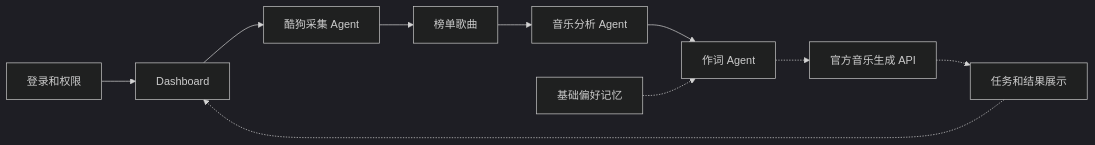
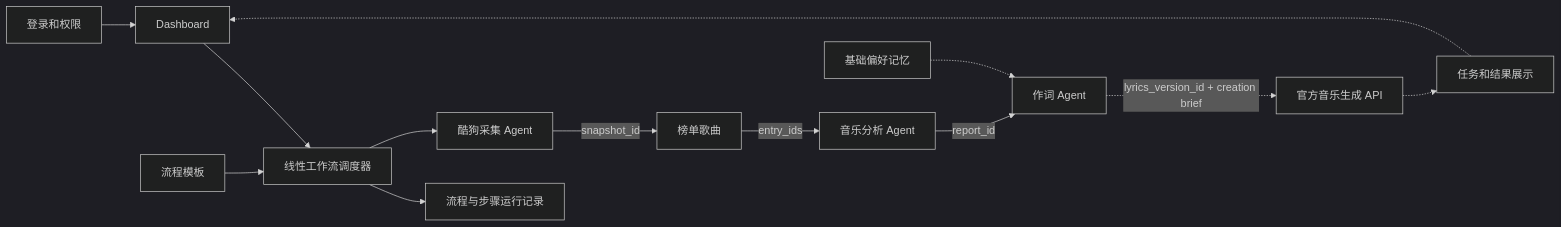
Before and after one commit to sunjiaxing520/SunJX: the tenth of 10 diagrams in projects/blue-music-platform/项目知识图谱.md, drawn with Mermaid (dark theme). The commit also changed other lines of this file and 30 other files, not shown here.

````diff
--- a/projects/blue-music-platform/项目知识图谱.md
+++ b/projects/blue-music-platform/项目知识图谱.md
@@ -235,22 +238,27 @@
 ```mermaid
 flowchart LR
     Login["登录和权限"]
     Dashboard["Dashboard"]
+    Workflow["线性工作流调度器"]
+    Template["流程模板"]
+    Run["流程与步骤运行记录"]
     Crawler["酷狗采集 Agent"]
     Songs["榜单歌曲"]
     Analysis["音乐分析 Agent"]
     Lyrics["作词 Agent"]
     Memory["基础偏好记忆"]
     MusicProvider["官方音乐生成 API"]
     Results["任务和结果展示"]
 
     Login --> Dashboard
-    Dashboard --> Crawler
-    Crawler --> Songs
-    Songs --> Analysis
-    Analysis --> Lyrics
+    Dashboard --> Workflow
+    Template --> Workflow --> Run
+    Workflow --> Crawler
+    Crawler -->|snapshot_id| Songs
+    Songs -->|entry_ids| Analysis
+    Analysis -->|report_id| Lyrics
     Memory -.-> Lyrics
-    Lyrics -.-> MusicProvider
+    Lyrics -.->|lyrics_version_id + creation brief| MusicProvider
     MusicProvider -.-> Results
     Results -.-> Dashboard
 ```
````
